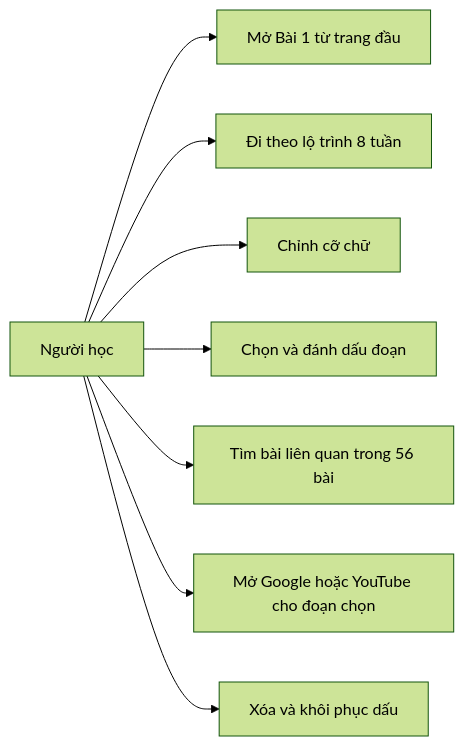
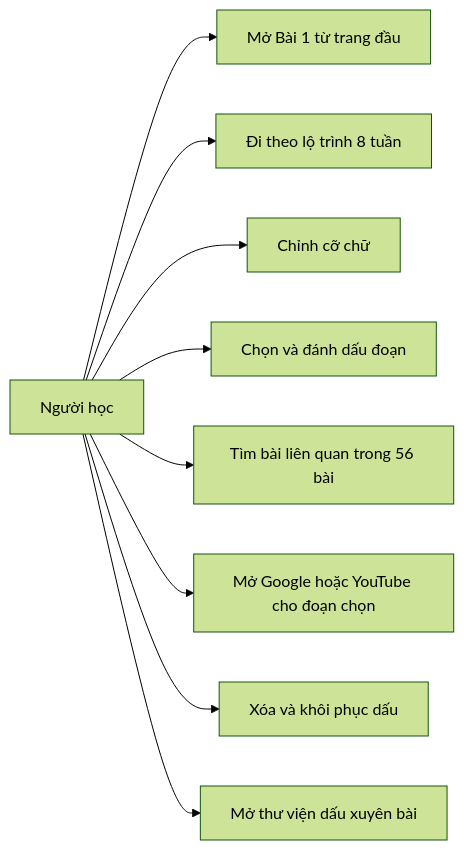
One commit to danghoangsqtt-sys/Ebook-basic-circuit changed the fourth of 4 diagrams in .DHSYSTEM/ARCHITECTURE.md. Above: the diagram before and after it, drawn with Mermaid (forest theme). The commit also changed other lines of this file and 11 other files, not shown here.

````diff
--- a/.DHSYSTEM/ARCHITECTURE.md
+++ b/.DHSYSTEM/ARCHITECTURE.md
@@ -115,10 +126,11 @@
 ```mermaid
 flowchart LR
   U[Người học] --> A[Mở Bài 1 từ trang đầu]
   U --> B[Đi theo lộ trình 8 tuần]
   U --> C[Chỉnh cỡ chữ]
   U --> D[Chọn và đánh dấu đoạn]
   U --> E[Tìm bài liên quan trong 56 bài]
   U --> F[Mở Google hoặc YouTube cho đoạn chọn]
   U --> G[Xóa và khôi phục dấu]
+  U --> H[Mở thư viện dấu xuyên bài]
 ```
````
